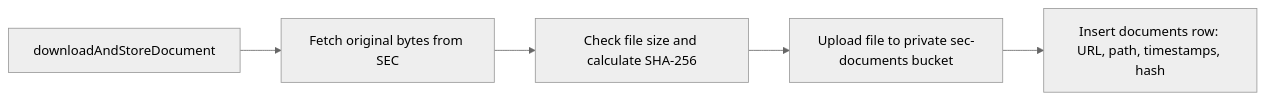
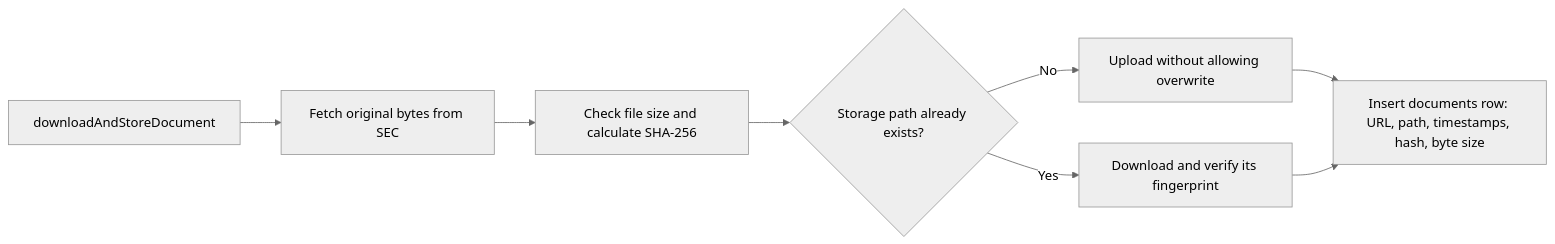
Before and after one commit to thstamod/chiron-core: the seventh of 12 diagrams in docs/visual-guide.md, drawn with Mermaid (neutral theme). The commit also changed other lines of this file and 5 other files, not shown here.

````diff
--- a/docs/visual-guide.md
+++ b/docs/visual-guide.md
@@ -183,7 +183,10 @@
 ```mermaid
 flowchart LR
     A[downloadAndStoreDocument] --> B[Fetch original bytes from SEC]
     B --> C[Check file size and calculate SHA-256]
-    C --> D[Upload file to private sec-documents bucket]
-    D --> E[Insert documents row: URL, path, timestamps, hash]
+    C --> D{Storage path already exists?}
+    D -->|No| E[Upload without allowing overwrite]
+    D -->|Yes| F[Download and verify its fingerprint]
+    E --> G[Insert documents row: URL, path, timestamps, hash, byte size]
+    F --> G
 ```
````
